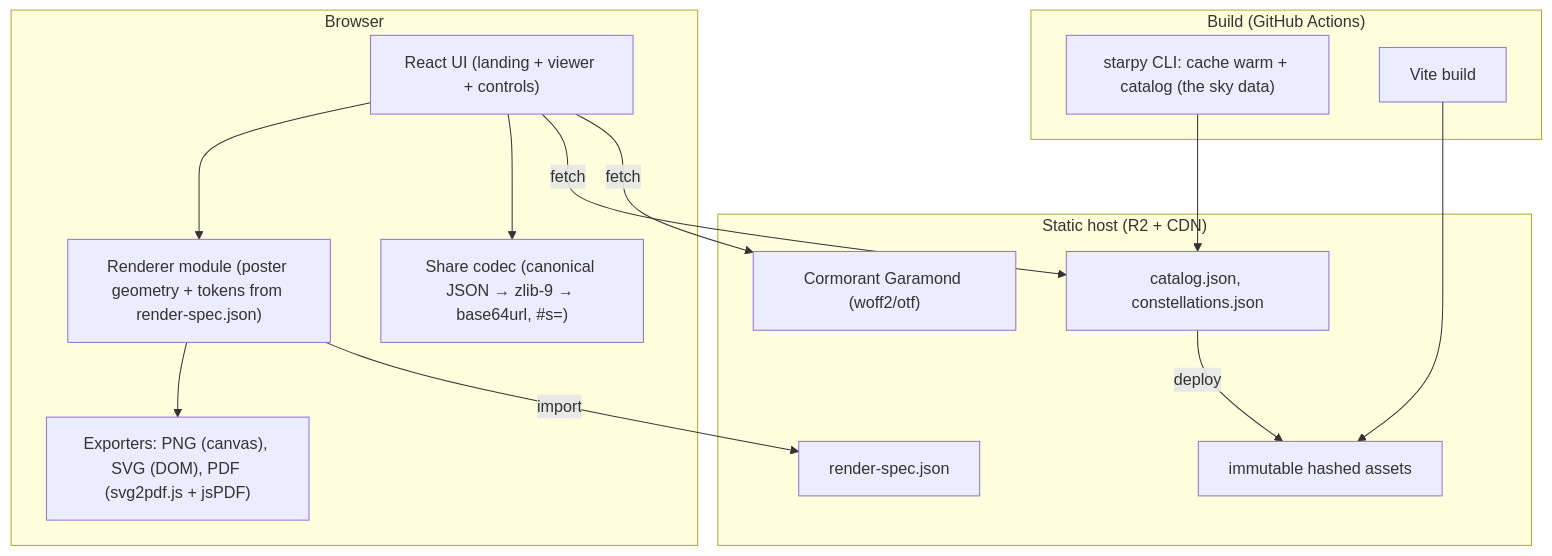
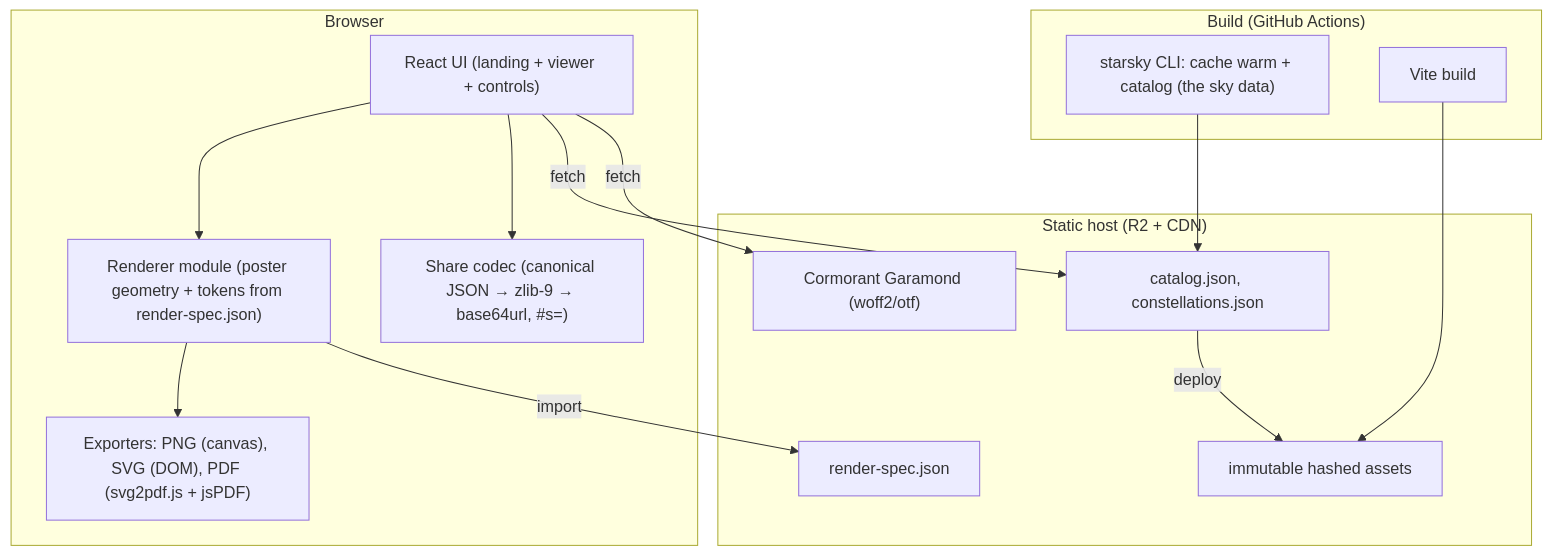
One commit to lucasvmigotto/starsky changed the second of 2 diagrams in docs/product/architecture.md. Above: the diagram before and after it, drawn with Mermaid. The commit also changed other lines of this file and 81 other files, not shown here.

Commit message:
refactor: rename starpy to starsky

````diff
--- a/docs/product/architecture.md
+++ b/docs/product/architecture.md
@@ -81,27 +81,27 @@
 ```mermaid
 graph TB
   subgraph Browser
     UI["React UI (landing + viewer + controls)"]
     RND["Renderer module (poster geometry + tokens from render-spec.json)"]
     EXP["Exporters: PNG (canvas), SVG (DOM), PDF (svg2pdf.js + jsPDF)"]
     COD["Share codec (canonical JSON → zlib-9 → base64url, #s=)"]
     UI --> RND --> EXP
     UI --> COD
   end
   subgraph "Static host (R2 + CDN)"
     ASSETS["immutable hashed assets"]
     DATA["catalog.json, constellations.json"]
     SPEC["render-spec.json"]
     FONT["Cormorant Garamond (woff2/otf)"]
   end
   subgraph "Build (GitHub Actions)"
-    PY["starpy CLI: cache warm + catalog (the sky data)"]
+    PY["starsky CLI: cache warm + catalog (the sky data)"]
     VITE["Vite build"]
     PY --> DATA
     VITE --> ASSETS
   end
   UI -->|fetch| DATA
   UI -->|fetch| FONT
   RND -->|import| SPEC
   DATA -->|deploy| ASSETS
 ```
````
